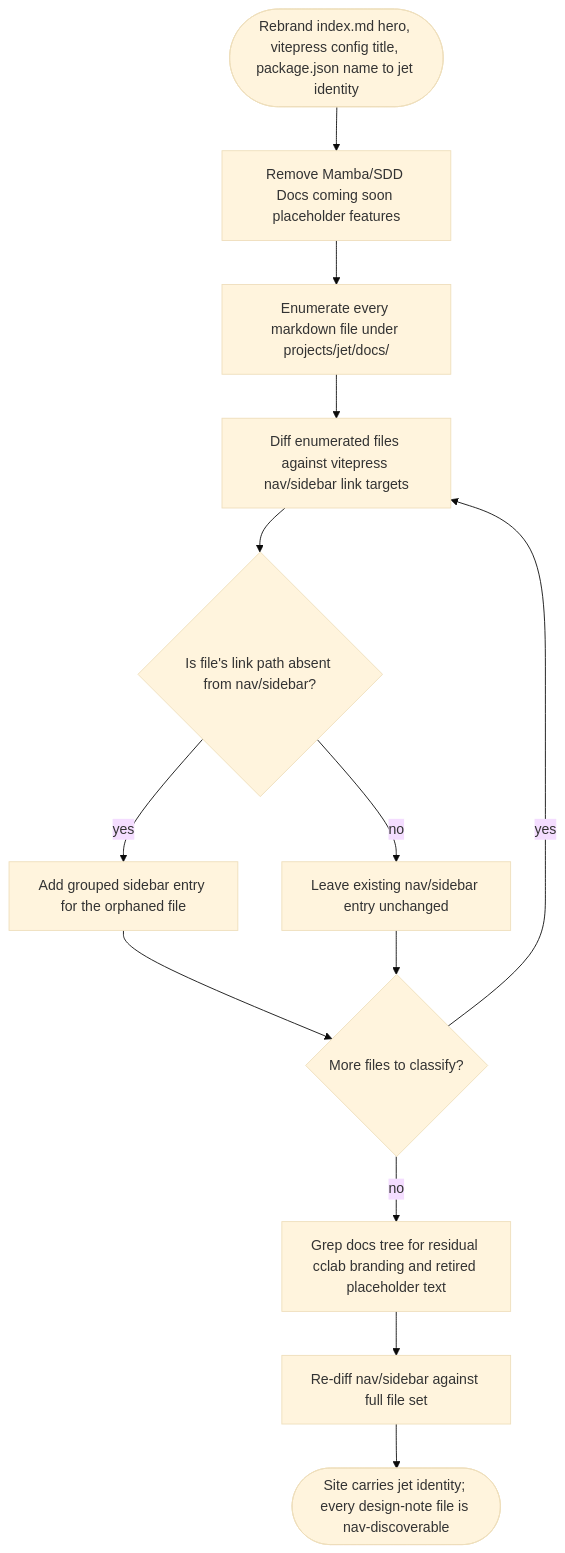
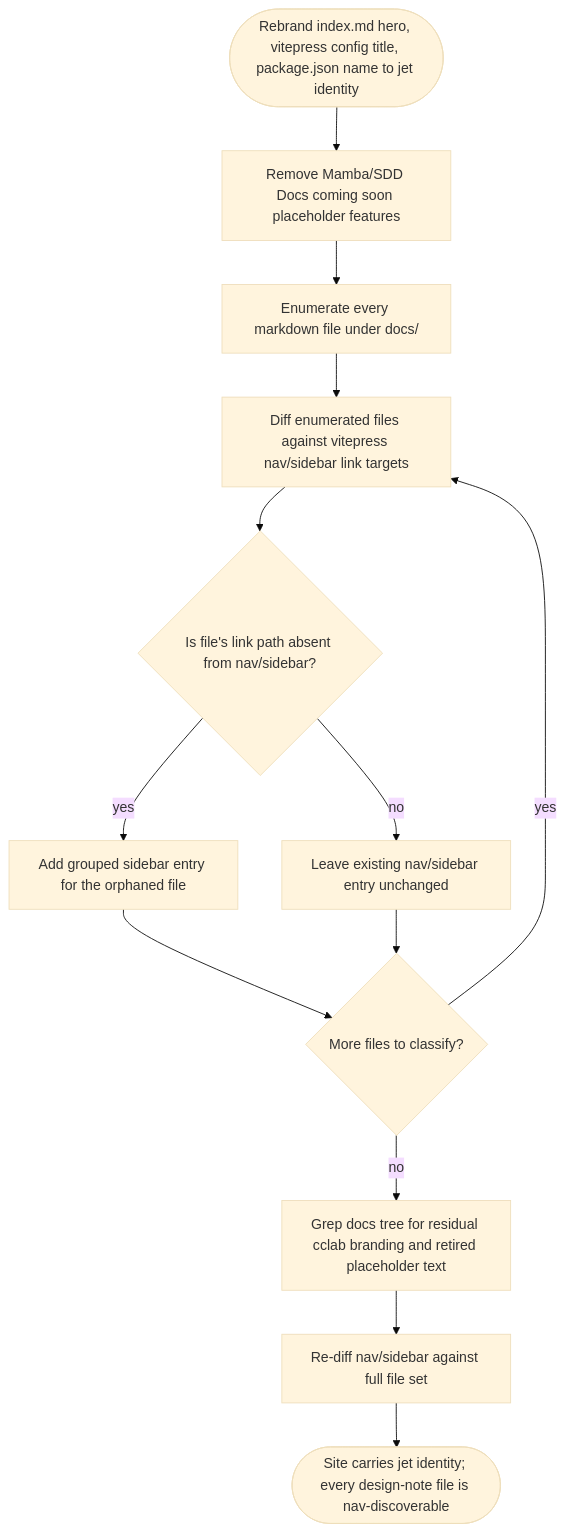
One commit to faberline/jet changed the first of 2 diagrams in tech-design/logic/jet-docs-site-carries-cclab-era-branding-after-move-to-projects.md. Above: the diagram before and after it, drawn with Mermaid (base theme). The commit also changed other lines of this file and 222 other files, not shown here.

```diff
--- a/tech-design/logic/jet-docs-site-carries-cclab-era-branding-after-move-to-projects.md
+++ b/tech-design/logic/jet-docs-site-carries-cclab-era-branding-after-move-to-projects.md
@@ -35,13 +35,13 @@
 nodes:
   rebrand:
     kind: start
-    label: "Rebrand projects/jet/docs/index.md hero.name,\n.vitepress/config.mjs title, and package.json name\nfrom cclab-era branding to jet identity"
+    label: "Rebrand docs/index.md hero.name,\n.vitepress/config.mjs title, and package.json name\nfrom cclab-era branding to jet identity"
   strip_placeholders:
     kind: process
     label: "Remove the Mamba and SDD '(Docs coming soon)'\nplaceholder features from index.md;\nkeep only the Jet feature card"
   enumerate_docs:
     kind: process
-    label: "Glob every markdown file under projects/jet/docs/\n(excluding node_modules/.vitepress/dist/.vitepress/cache)"
+    label: "Glob every markdown file under docs/\n(excluding node_modules/.vitepress/dist/.vitepress/cache)"
   diff_against_nav:
     kind: process
     label: "Grep .vitepress/config.mjs nav+sidebar link targets;\ndiff against the enumerated markdown file set"
@@ -59,7 +59,7 @@
     label: "More enumerated markdown files left to classify?"
   verify_no_cclab:
     kind: process
-    label: "Grep projects/jet/docs/ for residual 'cclab' branding\nand for the retired Mamba/SDD placeholder text"
+    label: "Grep docs/ for residual 'cclab' branding\nand for the retired Mamba/SDD placeholder text"
   verify_all_linked:
     kind: process
     label: "Re-diff nav/sidebar link targets against the full\nmarkdown file set; confirm zero orphans remain"
@@ -106,7 +106,7 @@
 ---
 flowchart TD
     rebrand([Rebrand index.md hero, vitepress config title, package.json name to jet identity]) --> strip_placeholders[Remove Mamba/SDD Docs coming soon placeholder features]
-    strip_placeholders --> enumerate_docs[Enumerate every markdown file under projects/jet/docs/]
+    strip_placeholders --> enumerate_docs[Enumerate every markdown file under docs/]
     enumerate_docs --> diff_against_nav[Diff enumerated files against vitepress nav/sidebar link targets]
     diff_against_nav --> orphan_found{Is file's link path absent from nav/sidebar?}
     orphan_found -- yes --> add_nav_entry[Add grouped sidebar entry for the orphaned file]
```
